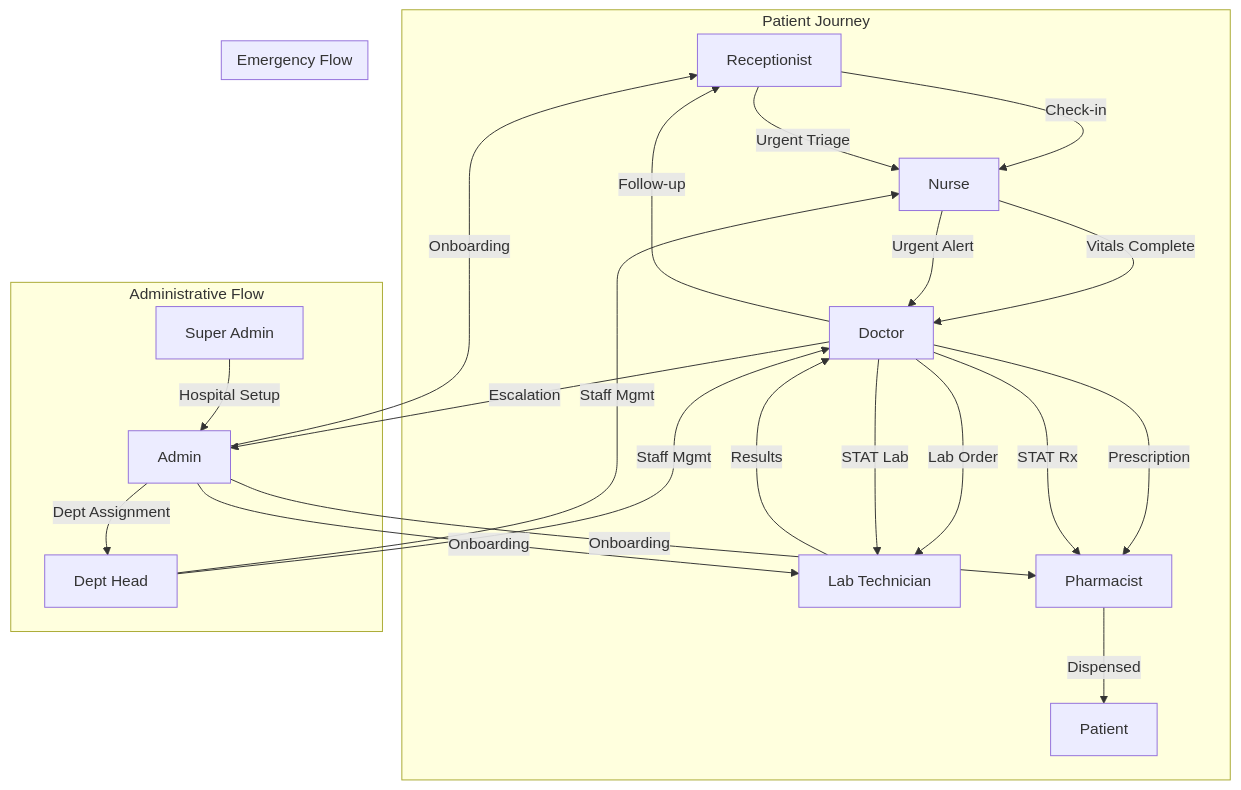
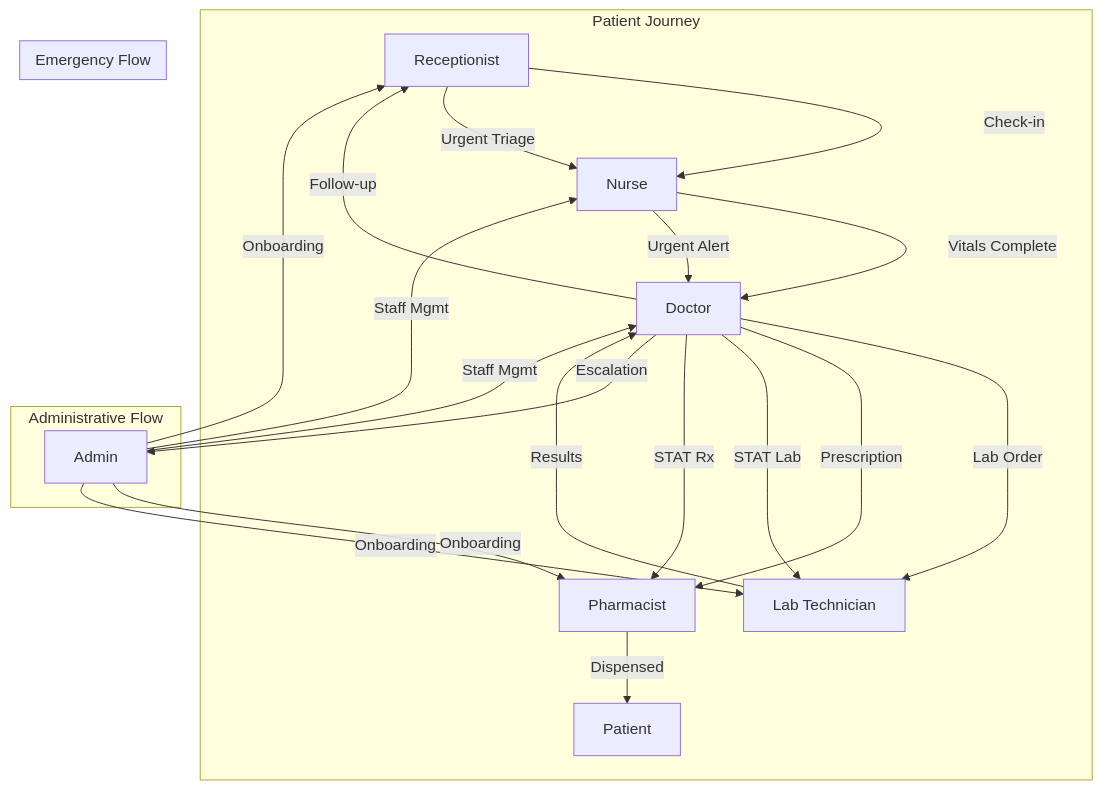
Before and after one commit to CJCreator-New/care-harmony-hub: the diagram in docs/ROLE_INTERCONNECTION_REPORT.md, drawn with Mermaid. The commit also changed other lines of this file and 44 other files, not shown here.

Commit message:
Refactor role-based access control: Remove super_admin and dept_head roles, update permissions and access matrices; enhance security with RLS policies; improve test setup and mock implementations; add task list for CareSync HMS.

````diff
--- a/docs/ROLE_INTERCONNECTION_REPORT.md
+++ b/docs/ROLE_INTERCONNECTION_REPORT.md
@@ -113,30 +108,28 @@
 ```mermaid
 graph TD
     subgraph "Patient Journey"
         R[Receptionist] -->|Check-in| N[Nurse]
         N -->|Vitals Complete| D[Doctor]
         D -->|Lab Order| LT[Lab Technician]
         D -->|Prescription| PH[Pharmacist]
         LT -->|Results| D
         PH -->|Dispensed| P[Patient]
         D -->|Follow-up| R
     end
     
     subgraph "Administrative Flow"
-        SA[Super Admin] -->|Hospital Setup| A[Admin]
-        A -->|Dept Assignment| DH[Dept Head]
-        DH -->|Staff Mgmt| D
-        DH -->|Staff Mgmt| N
-        A -->|Onboarding| PH
-        A -->|Onboarding| LT
-        A -->|Onboarding| R
+        A[Admin] -->|Staff Mgmt| D[Doctor]
+        A -->|Staff Mgmt| N[Nurse]
+        A -->|Onboarding| PH[Pharmacist]
+        A -->|Onboarding| LT[Lab Technician]
+        A -->|Onboarding| R[Receptionist]
     end
     
     subgraph "Emergency Flow"
         R -->|Urgent Triage| N
         N -->|Urgent Alert| D
         D -->|STAT Lab| LT
         D -->|STAT Rx| PH
         D -->|Escalation| A
     end
 ```
````
